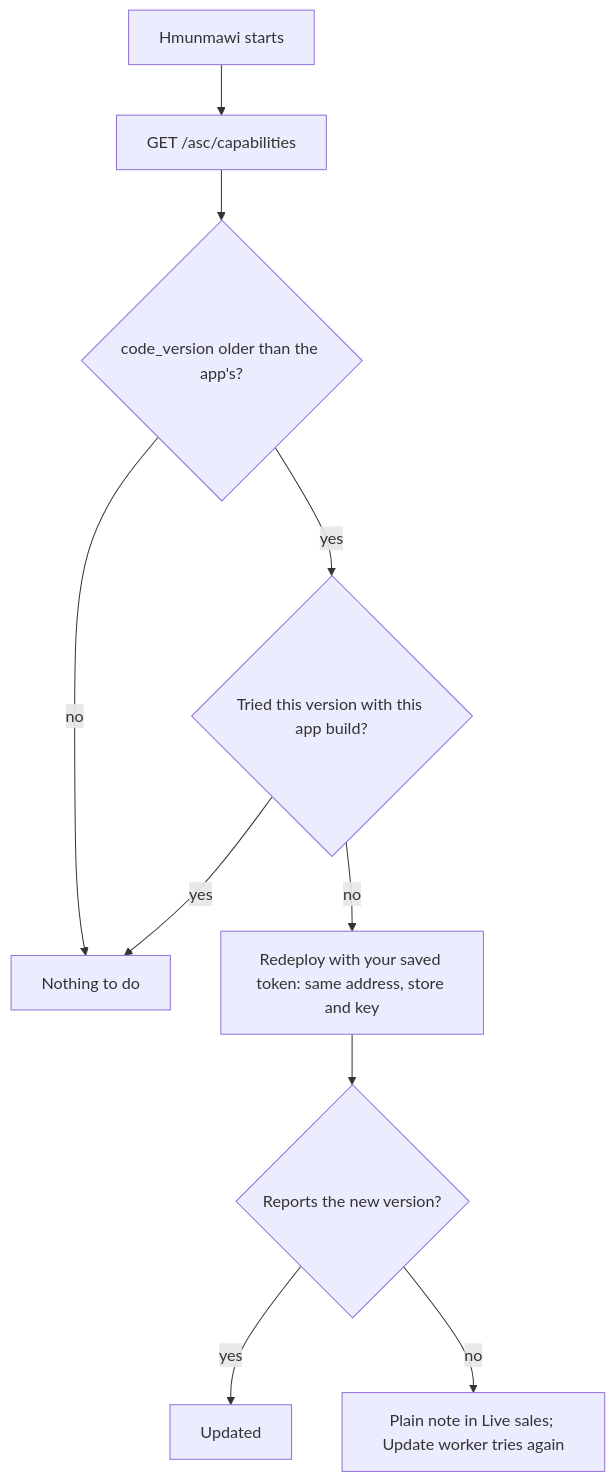
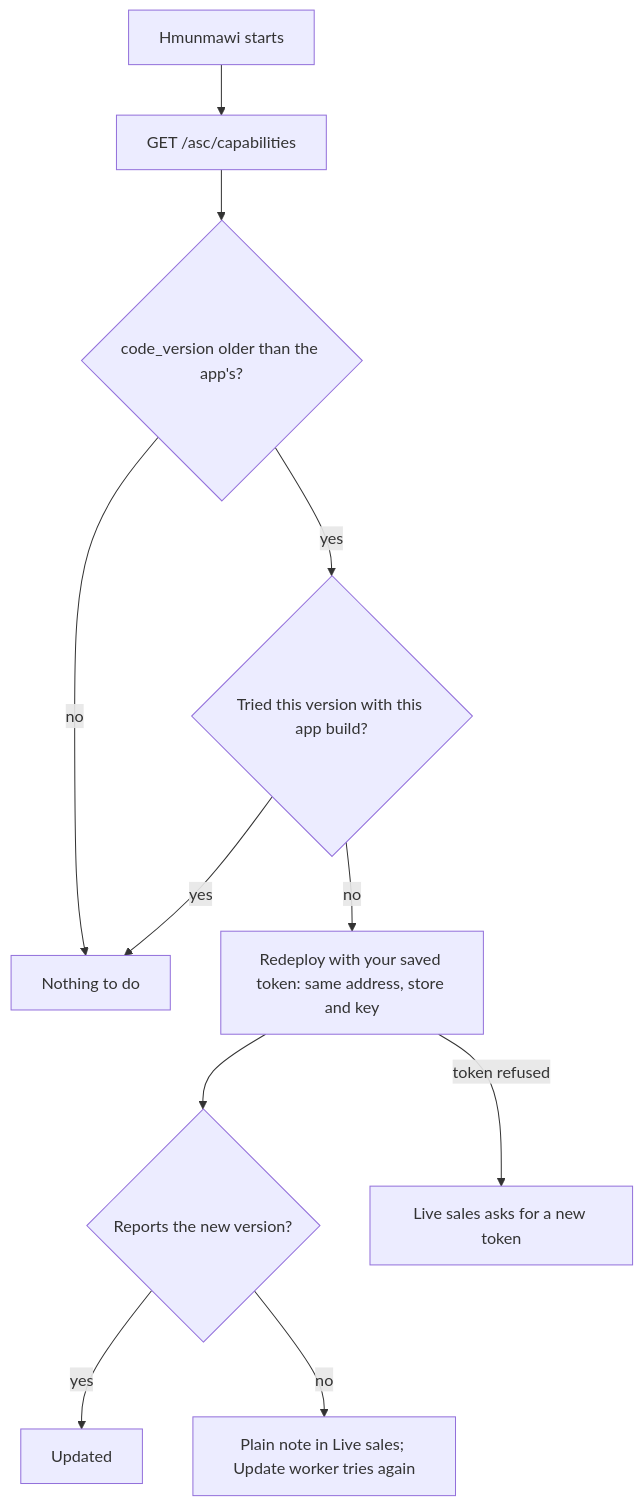
One commit to priyevsingh/hmunmawi changed the second of 2 diagrams in docs/ASC-WEBHOOK-RELAY.md. Above: the diagram before and after it, drawn with Mermaid. The commit also changed other lines of this file and 8 other files, not shown here.

First line of the commit message:
Live sales: ask for a new token when Cloudflare refused the saved one (1.5.5)

````diff
--- a/docs/ASC-WEBHOOK-RELAY.md
+++ b/docs/ASC-WEBHOOK-RELAY.md
@@ -41,12 +43,13 @@
 ```mermaid
 flowchart TD
     S["Hmunmawi starts"] --> C["GET /asc/capabilities"]
     C --> V{"code_version older than the app's?"}
     V -->|no| OK["Nothing to do"]
     V -->|yes| T{"Tried this version with this app build?"}
     T -->|yes| OK
     T -->|no| D["Redeploy with your saved token: same address, store and key"]
     D --> R{"Reports the new version?"}
     R -->|yes| U["Updated"]
     R -->|no| F["Plain note in Live sales; Update worker tries again"]
+    D -->|"token refused"| N["Live sales asks for a new token"]
 ```
````
